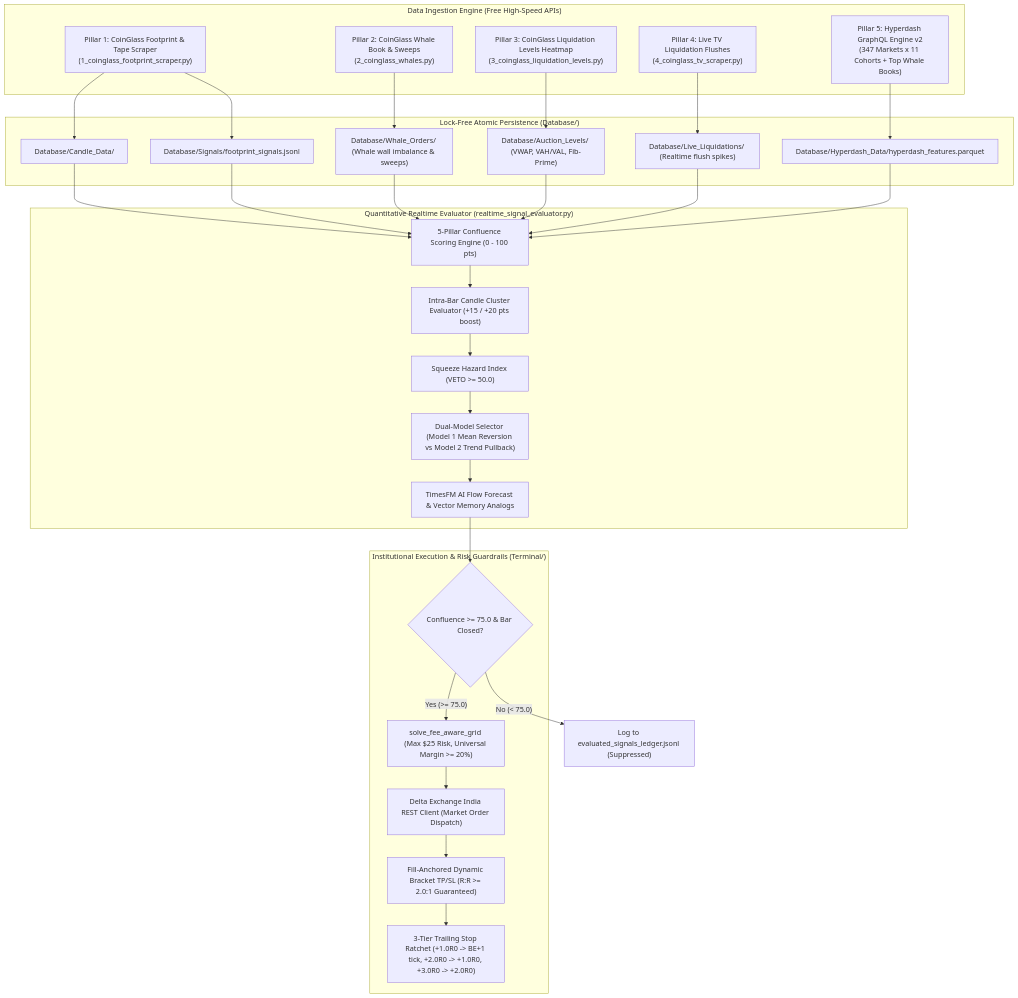
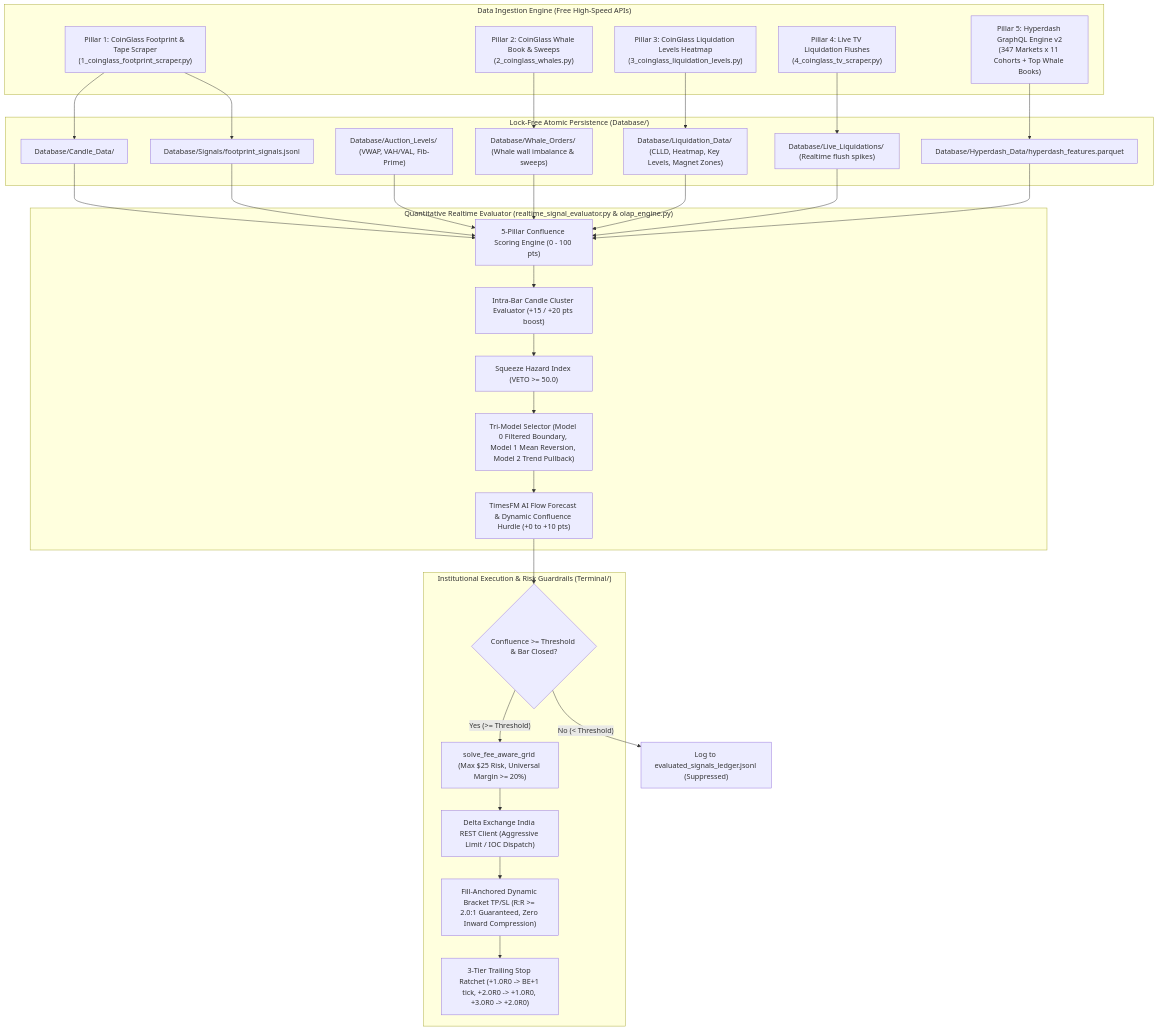
The diagram in TRADE_FORMULATION_AND_DATA_PROCESSING_PIPELINE.md (kbsingh1399/Trading_1), drawn with Mermaid before and after one commit. The commit also changed other lines of this file and 15 other files, not shown here.

````diff
--- a/TRADE_FORMULATION_AND_DATA_PROCESSING_PIPELINE.md
+++ b/TRADE_FORMULATION_AND_DATA_PROCESSING_PIPELINE.md
@@ -14,46 +14,47 @@
 ```mermaid
 flowchart TD
     subgraph Sourcing ["Data Ingestion Engine (Free High-Speed APIs)"]
         P1["Pillar 1: CoinGlass Footprint & Tape Scraper<br/>(1_coinglass_footprint_scraper.py)"]
         P2["Pillar 2: CoinGlass Whale Book & Sweeps<br/>(2_coinglass_whales.py)"]
         P3["Pillar 3: CoinGlass Liquidation Levels Heatmap<br/>(3_coinglass_liquidation_levels.py)"]
         P4["Pillar 4: Live TV Liquidation Flushes<br/>(4_coinglass_tv_scraper.py)"]
         HD["Pillar 5: Hyperdash GraphQL Engine v2<br/>(347 Markets x 11 Cohorts + Top Whale Books)"]
     end
 
     subgraph Storage ["Lock-Free Atomic Persistence (Database/)"]
         D1["Database/Candle_Data/<SYMBOL>.parquet (300-bar rolling)"]
         D2["Database/Whale_Orders/ (Whale wall imbalance & sweeps)"]
         D3["Database/Auction_Levels/ (VWAP, VAH/VAL, Fib-Prime)"]
+        D3_LIQ["Database/Liquidation_Data/ (CLLD, Heatmap, Key Levels, Magnet Zones)"]
         D4["Database/Live_Liquidations/ (Realtime flush spikes)"]
         D5["Database/Hyperdash_Data/hyperdash_features.parquet"]
         D6["Database/Signals/footprint_signals.jsonl"]
     end
 
-    subgraph Evaluation ["Quantitative Realtime Evaluator (realtime_signal_evaluator.py)"]
+    subgraph Evaluation ["Quantitative Realtime Evaluator (realtime_signal_evaluator.py & olap_engine.py)"]
         E1["5-Pillar Confluence Scoring Engine (0 - 100 pts)"]
         E2["Intra-Bar Candle Cluster Evaluator (+15 / +20 pts boost)"]
         E3["Squeeze Hazard Index (VETO >= 50.0)"]
-        E4["Dual-Model Selector (Model 1 Mean Reversion vs Model 2 Trend Pullback)"]
-        E5["TimesFM AI Flow Forecast & Vector Memory Analogs"]
+        E4["Tri-Model Selector (Model 0 Filtered Boundary, Model 1 Mean Reversion, Model 2 Trend Pullback)"]
+        E5["TimesFM AI Flow Forecast & Dynamic Confluence Hurdle (+0 to +10 pts)"]
     end
 
     subgraph Execution ["Institutional Execution & Risk Guardrails (Terminal/)"]
-        G1{"Confluence >= 75.0 & Bar Closed?"}
+        G1{"Confluence >= Threshold & Bar Closed?"}
         G2["solve_fee_aware_grid (Max $25 Risk, Universal Margin >= 20%)"]
-        G3["Delta Exchange India REST Client (Market Order Dispatch)"]
-        G4["Fill-Anchored Dynamic Bracket TP/SL (R:R >= 2.0:1 Guaranteed)"]
+        G3["Delta Exchange India REST Client (Aggressive Limit / IOC Dispatch)"]
+        G4["Fill-Anchored Dynamic Bracket TP/SL (R:R >= 2.0:1 Guaranteed, Zero Inward Compression)"]
         G5["3-Tier Trailing Stop Ratchet (+1.0R0 -> BE+1 tick, +2.0R0 -> +1.0R0, +3.0R0 -> +2.0R0)"]
     end
 
     P1 --> D1 & D6
     P2 --> D2
-    P3 --> D3
+    P3 --> D3_LIQ
     P4 --> D4
     HD --> D5
 
-    D1 & D2 & D3 & D4 & D5 & D6 --> E1
+    D1 & D2 & D3 & D3_LIQ & D4 & D5 & D6 --> E1
     E1 --> E2 --> E3 --> E4 --> E5 --> G1
-    G1 -- "Yes (>= 75.0)" --> G2 --> G3 --> G4 --> G5
-    G1 -- "No (< 75.0)" --> S_DROP["Log to evaluated_signals_ledger.jsonl (Suppressed)"]
+    G1 -- "Yes (>= Threshold)" --> G2 --> G3 --> G4 --> G5
+    G1 -- "No (< Threshold)" --> S_DROP["Log to evaluated_signals_ledger.jsonl (Suppressed)"]
 ```
````
